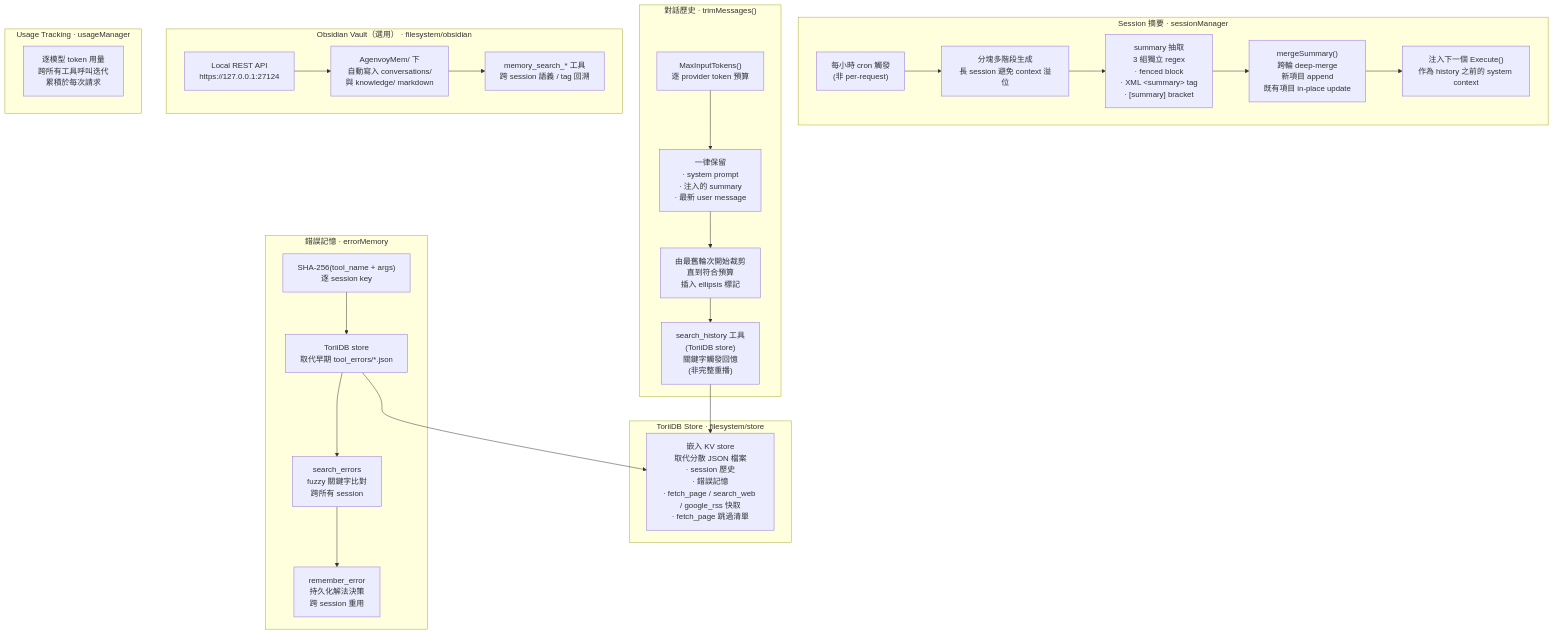
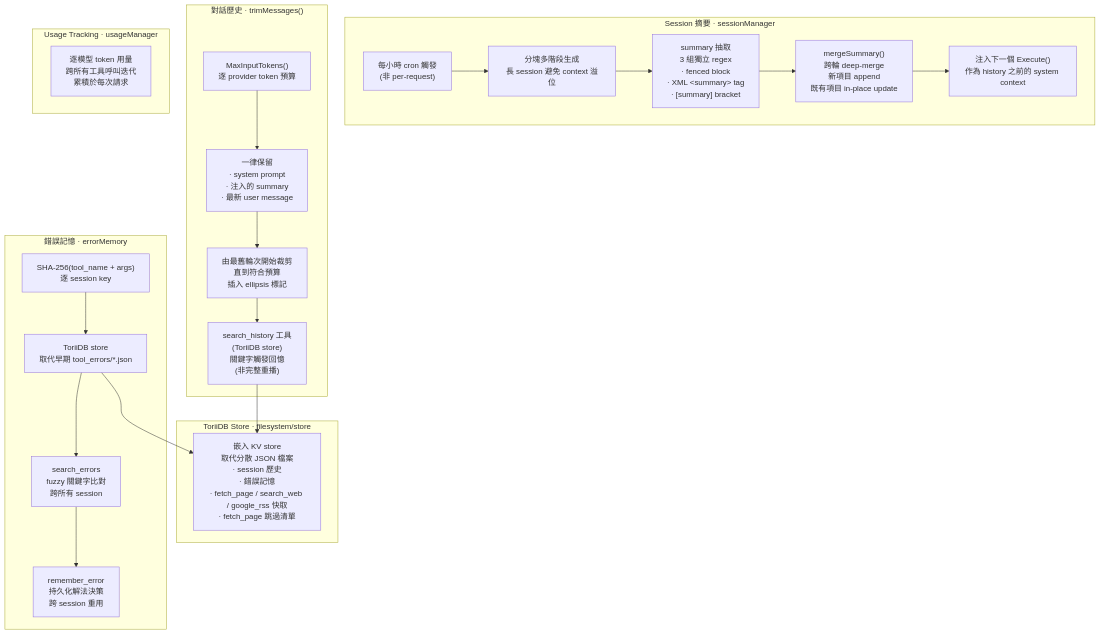
One commit to pardnchiu/Agenvoy changed the seventh of 8 diagrams in doc/architecture.zh.md. Above: the diagram before and after it, drawn with Mermaid. The commit also changed other lines of this file and 5 other files, not shown here.

````diff
--- a/doc/architecture.zh.md
+++ b/doc/architecture.zh.md
@@ -265,49 +316,41 @@
 ```mermaid
 flowchart TD
     subgraph SessionSummary ["Session 摘要 · sessionManager"]
         SumCron["每小時 cron 觸發\n(非 per-request)"]
         SumChunk["分塊多階段生成\n長 session 避免 context 溢位"]
         SumExtract["summary 抽取\n3 組獨立 regex\n· fenced block\n· XML &lt;summary&gt; tag\n· [summary] bracket"]
         SumMerge["mergeSummary()\n跨輪 deep-merge\n新項目 append\n既有項目 in-place update"]
         SumInject["注入下一個 Execute()\n作為 history 之前的 system context"]
     end
 
     subgraph HistoryTrim ["對話歷史 · trimMessages()"]
         Budget["MaxInputTokens()\n逐 provider token 預算"]
         Preserve["一律保留\n· system prompt\n· 注入的 summary\n· 最新 user message"]
         Trim["由最舊輪次開始裁剪\n直到符合預算\n插入 ellipsis 標記"]
         SearchHist["search_history 工具\n(ToriiDB store)\n關鍵字觸發回憶\n(非完整重播)"]
     end
 
     subgraph ToriiStore ["ToriiDB Store · filesystem/store"]
         TS["嵌入 KV store\n取代分散 JSON 檔案\n· session 歷史\n· 錯誤記憶\n· fetch_page / search_web / google_rss 快取\n· fetch_page 跳過清單"]
     end
 
     subgraph ErrorMemory ["錯誤記憶 · errorMemory"]
         ErrHash["SHA-256(tool_name + args)\n逐 session key"]
         ErrStore["ToriiDB store\n取代早期 tool_errors/*.json"]
         ErrRecall["search_errors\nfuzzy 關鍵字比對\n跨所有 session"]
         ErrResolve["remember_error\n持久化解法決策\n跨 session 重用"]
     end
 
-    subgraph ObsidianMem ["Obsidian Vault（選用） · filesystem/obsidian"]
-        OBConn["Local REST API\nhttps://127.0.0.1:27124"]
-        OBWrite["AgenvoyMem/ 下\n自動寫入 conversations/\n與 knowledge/ markdown"]
-        OBSearch["memory_search_* 工具\n跨 session 語義 / tag 回溯"]
-    end
-
     subgraph UsageTracking ["Usage Tracking · usageManager"]
         UT["逐模型 token 用量\n跨所有工具呼叫迭代\n累積於每次請求"]
     end
 
     SumCron --> SumChunk --> SumExtract --> SumMerge --> SumInject
     Budget --> Preserve --> Trim
     Trim --> SearchHist
     SearchHist --> TS
     ErrHash --> ErrStore
     ErrStore --> TS
     ErrStore --> ErrRecall
     ErrRecall --> ErrResolve
-    OBConn --> OBWrite
-    OBWrite --> OBSearch
 ```
````
